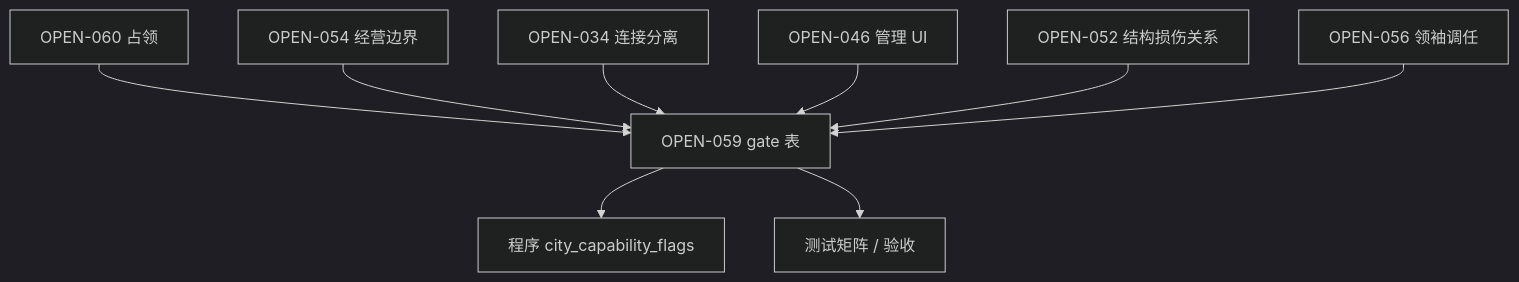
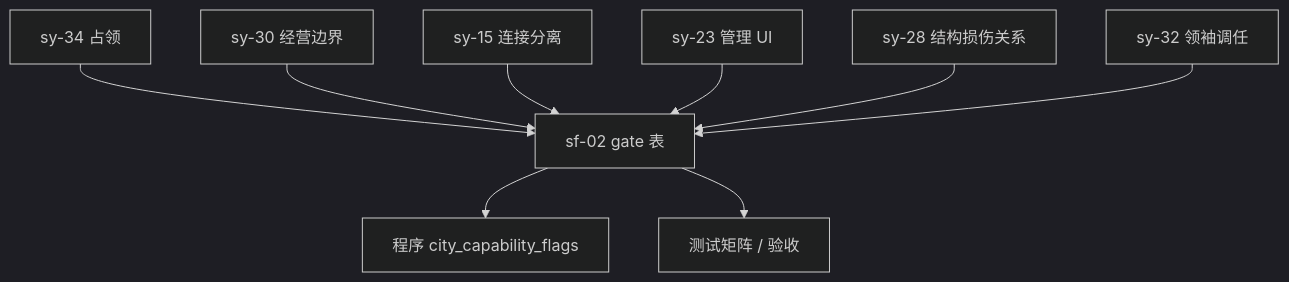
The diagram in Docs/02-系统设计/05-城市与领袖/势力系统.md (Estrella6066773/DriveToLight), drawn with Mermaid (dark theme) before and after one commit. The commit also changed other lines of this file and 60 other files, not shown here.

````diff
--- a/Docs/02-系统设计/05-城市与领袖/势力系统.md
+++ b/Docs/02-系统设计/05-城市与领袖/势力系统.md
@@ -259,19 +259,19 @@
 ```mermaid
 flowchart TD
-  O59[OPEN-059 gate 表]
-  O54[OPEN-054 经营边界]
-  O60[OPEN-060 占领]
-  O34[OPEN-034 连接分离]
-  O46[OPEN-046 管理 UI]
-  O052[OPEN-052 结构损伤关系]
-  O056[OPEN-056 领袖调任]
+  O59[sf-02 gate 表]
+  O54[sy-30 经营边界]
+  O60[sy-34 占领]
+  O34[sy-15 连接分离]
+  O46[sy-23 管理 UI]
+  O052[sy-28 结构损伤关系]
+  O056[sy-32 领袖调任]
 
   O60 --> O59
   O54 --> O59
   O34 --> O59
   O46 --> O59
   O052 --> O59
   O056 --> O59
   O59 --> Prog[程序 city_capability_flags]
   O59 --> QA[测试矩阵 / 验收]
 ```
````
